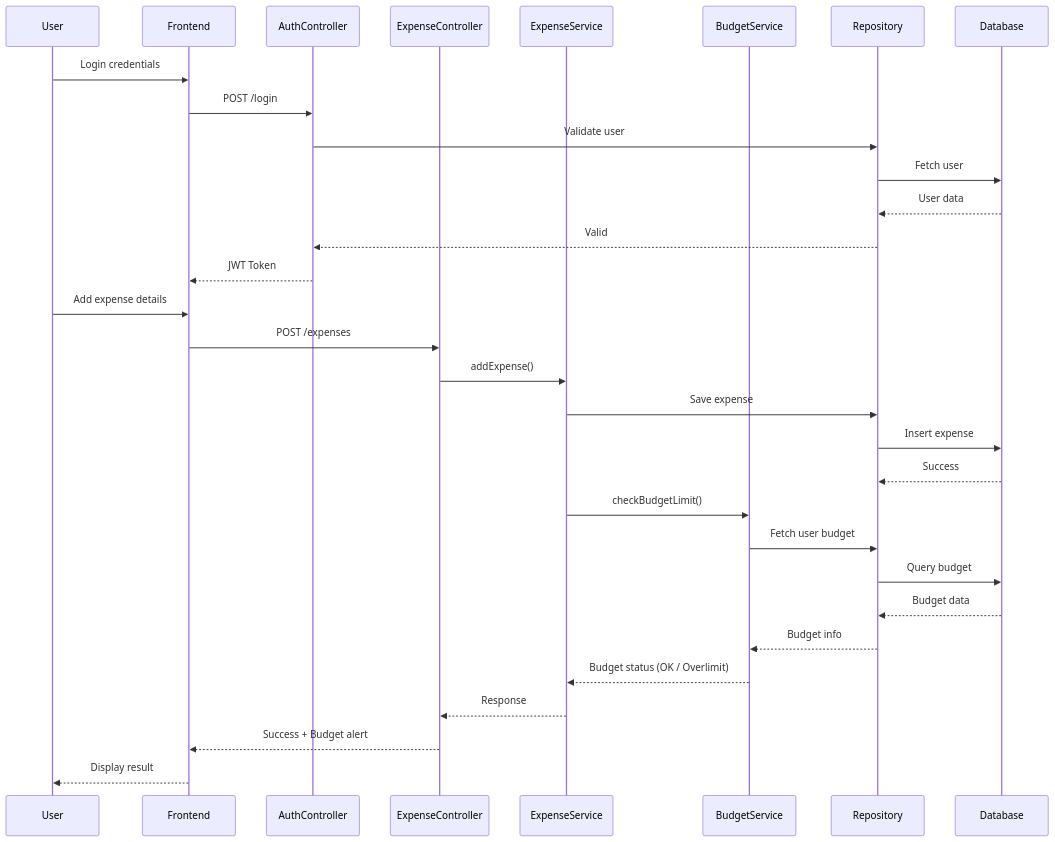
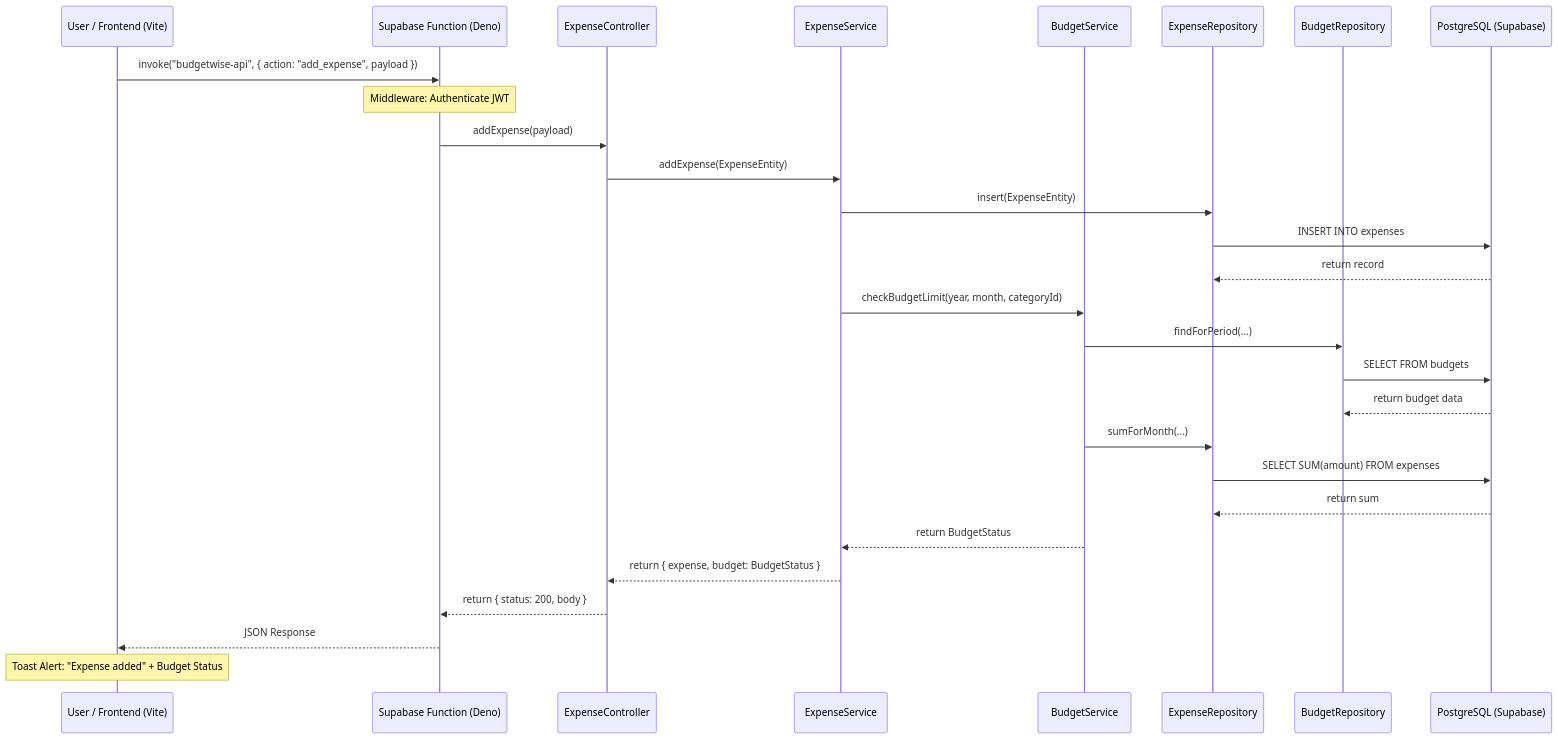
One commit to BOXER78/BudgetWise changed the diagram in sequenceDiagram.md. Above: the diagram before and after it, drawn with Mermaid. The commit also changed other lines of this file and 98 other files, not shown here.

````diff
--- a/sequenceDiagram.md
+++ b/sequenceDiagram.md
@@ -3,39 +3,35 @@
 ```mermaid
 sequenceDiagram
+    participant U as User / Frontend (Vite)
+    participant SF as Supabase Function (Deno)
+    participant EC as ExpenseController
+    participant ES as ExpenseService
+    participant BS as BudgetService
+    participant ER as ExpenseRepository
+    participant BR as BudgetRepository
+    participant DB as PostgreSQL (Supabase)
 
-    participant U as User
-    participant F as Frontend
-    participant AuthC as AuthController
-    participant ExpC as ExpenseController
-    participant ExpS as ExpenseService
-    participant BudS as BudgetService
-    participant Repo as Repository
-    participant DB as Database
-
-    U->>F: Login credentials
-    F->>AuthC: POST /login
-    AuthC->>Repo: Validate user
-    Repo->>DB: Fetch user
-    DB-->>Repo: User data
-    Repo-->>AuthC: Valid
-    AuthC-->>F: JWT Token
-
-    U->>F: Add expense details
-    F->>ExpC: POST /expenses
-    ExpC->>ExpS: addExpense()
-
-    ExpS->>Repo: Save expense
-    Repo->>DB: Insert expense
-    DB-->>Repo: Success
-
-    ExpS->>BudS: checkBudgetLimit()
-    BudS->>Repo: Fetch user budget
-    Repo->>DB: Query budget
-    DB-->>Repo: Budget data
-    Repo-->>BudS: Budget info
-
-    BudS-->>ExpS: Budget status (OK / Overlimit)
-    ExpS-->>ExpC: Response
-    ExpC-->>F: Success + Budget alert
-    F-->>U: Display result
+    U->>SF: invoke("budgetwise-api", { action: "add_expense", payload })
+    Note over SF: Middleware: Authenticate JWT
+    SF->>EC: addExpense(payload)
+    EC->>ES: addExpense(ExpenseEntity)
+    
+    ES->>ER: insert(ExpenseEntity)
+    ER->>DB: INSERT INTO expenses
+    DB-->>ER: return record
+    
+    ES->>BS: checkBudgetLimit(year, month, categoryId)
+    BS->>BR: findForPeriod(...)
+    BR->>DB: SELECT FROM budgets
+    DB-->>BR: return budget data
+    
+    BS->>ER: sumForMonth(...)
+    ER->>DB: SELECT SUM(amount) FROM expenses
+    DB-->>ER: return sum
+    
+    BS-->>ES: return BudgetStatus
+    ES-->>EC: return { expense, budget: BudgetStatus }
+    EC-->>SF: return { status: 200, body }
+    SF-->>U: JSON Response
+    Note over U: Toast Alert: "Expense added" + Budget Status
 ```
````
